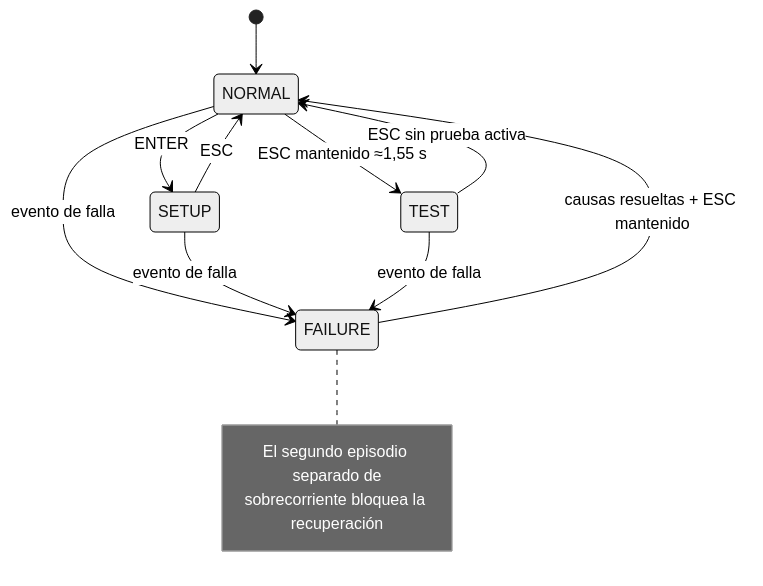
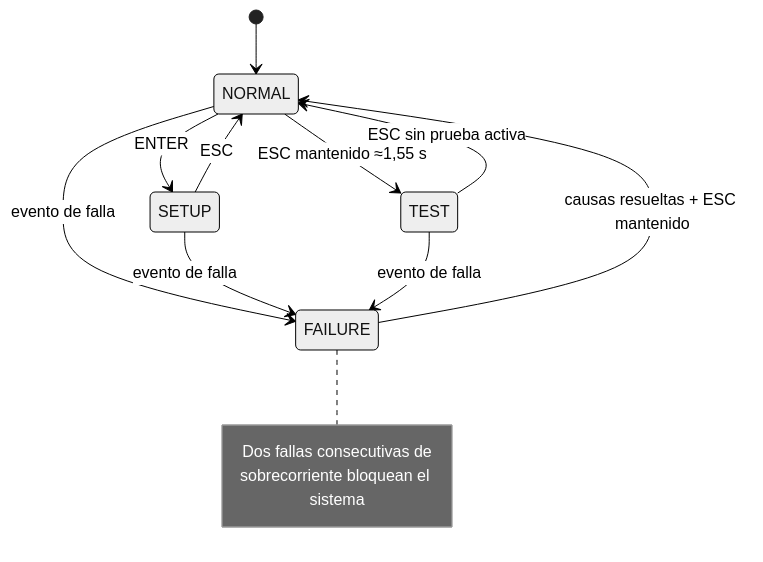
The third of 3 diagrams in Memoria Tecnica/Memoria Tecnica.md (igonzalezb/tdse-tf_3-03), drawn with Mermaid (neutral theme) before and after one commit. The commit also changed other lines of this file and 1 other file, not shown here.

````diff
--- a/Memoria Tecnica/Memoria Tecnica.md
+++ b/Memoria Tecnica/Memoria Tecnica.md
@@ -667,16 +655,16 @@
 ```mermaid
 stateDiagram-v2
     [*] --> NORMAL
     NORMAL --> SETUP: ENTER
     SETUP --> NORMAL: ESC
     NORMAL --> TEST: ESC mantenido ≈1,55 s
     TEST --> NORMAL: ESC sin prueba activa
     NORMAL --> FAILURE: evento de falla
     SETUP --> FAILURE: evento de falla
     TEST --> FAILURE: evento de falla
     FAILURE --> NORMAL: causas resueltas + ESC mantenido
     note right of FAILURE
-      El segundo episodio separado de
-      sobrecorriente bloquea la recuperación
+      Dos fallas consecutivas de
+      sobrecorriente bloquean el sistema
     end note
 ```
````
